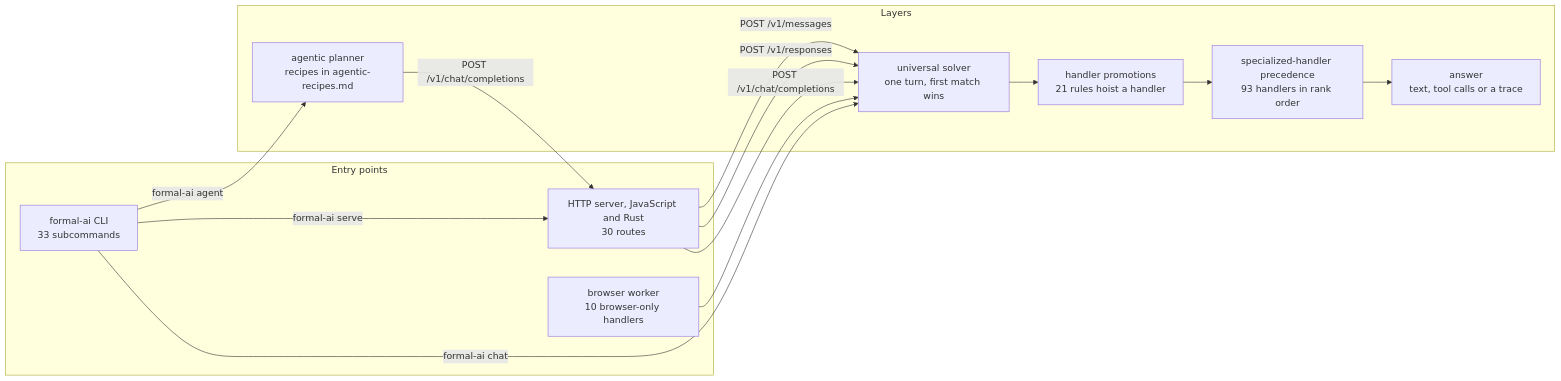
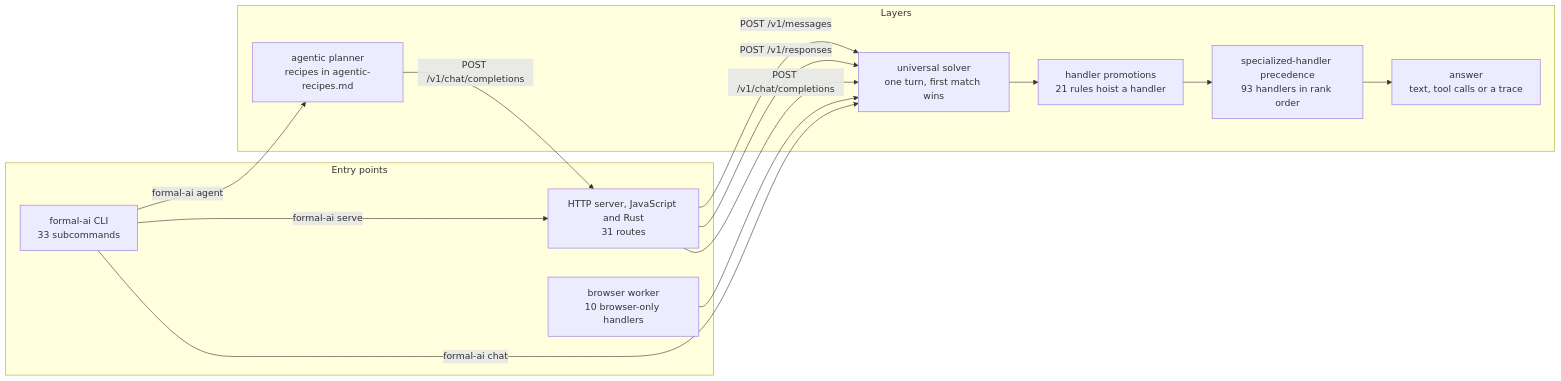
One commit to link-assistant/formal-ai changed the diagram in docs/diagrams/system-overview.md. Above: the diagram before and after it, drawn with Mermaid. The commit also changed 9 other files, not shown here.

````diff
--- a/docs/diagrams/system-overview.md
+++ b/docs/diagrams/system-overview.md
@@ -13,26 +13,26 @@
 ```mermaid
 flowchart LR
     subgraph entries["Entry points"]
         cli["formal-ai CLI<br/>33 subcommands"]
-        http["HTTP server, JavaScript and Rust<br/>30 routes"]
+        http["HTTP server, JavaScript and Rust<br/>31 routes"]
         browser["browser worker<br/>10 browser-only handlers"]
     end
     subgraph layers["Layers"]
         planner["agentic planner<br/>recipes in agentic-recipes.md"]
         solver["universal solver<br/>one turn, first match wins"]
         promotions["handler promotions<br/>21 rules hoist a handler"]
         precedence["specialized-handler precedence<br/>93 handlers in rank order"]
         answer["answer<br/>text, tool calls or a trace"]
     end
     cli -->|"formal-ai chat"| solver
     cli -->|"formal-ai serve"| http
     cli -->|"formal-ai agent"| planner
     http -->|"POST /v1/chat/completions"| solver
     http -->|"POST /v1/responses"| solver
     http -->|"POST /v1/messages"| solver
     browser --> solver
     planner -->|"POST /v1/chat/completions"| http
     solver --> promotions
     promotions --> precedence
     precedence --> answer
 ```
````
